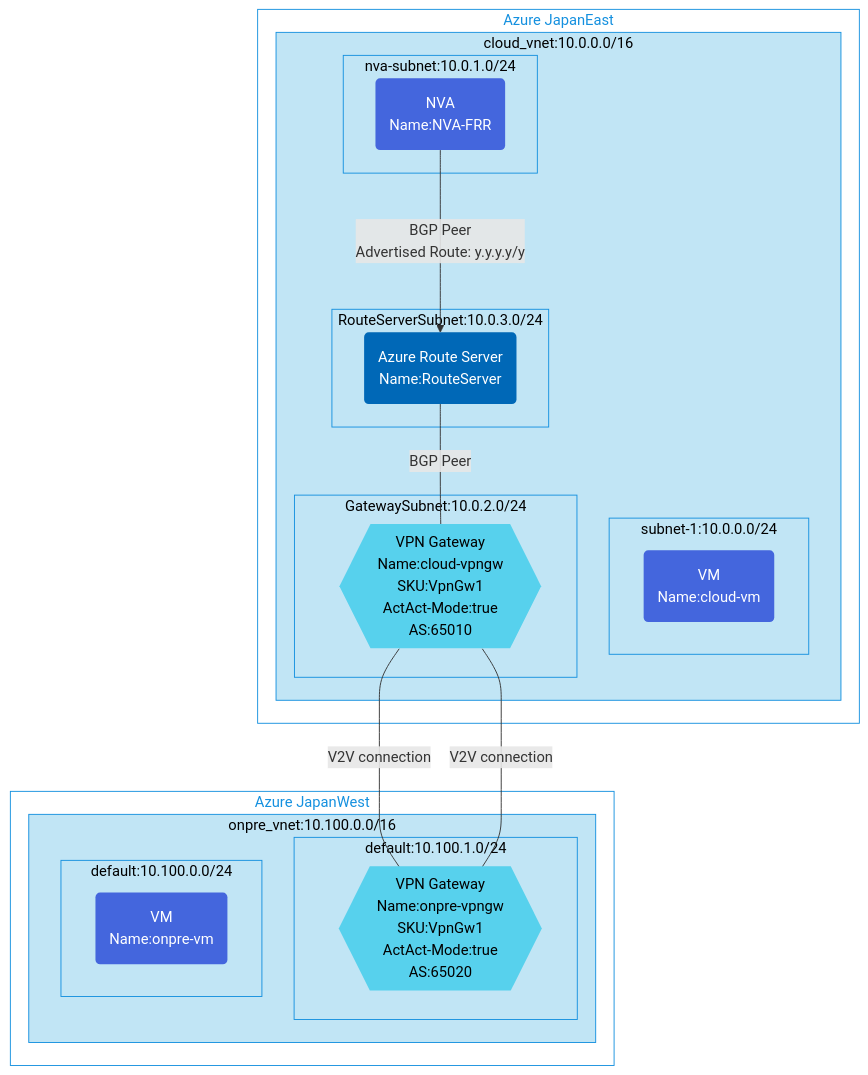
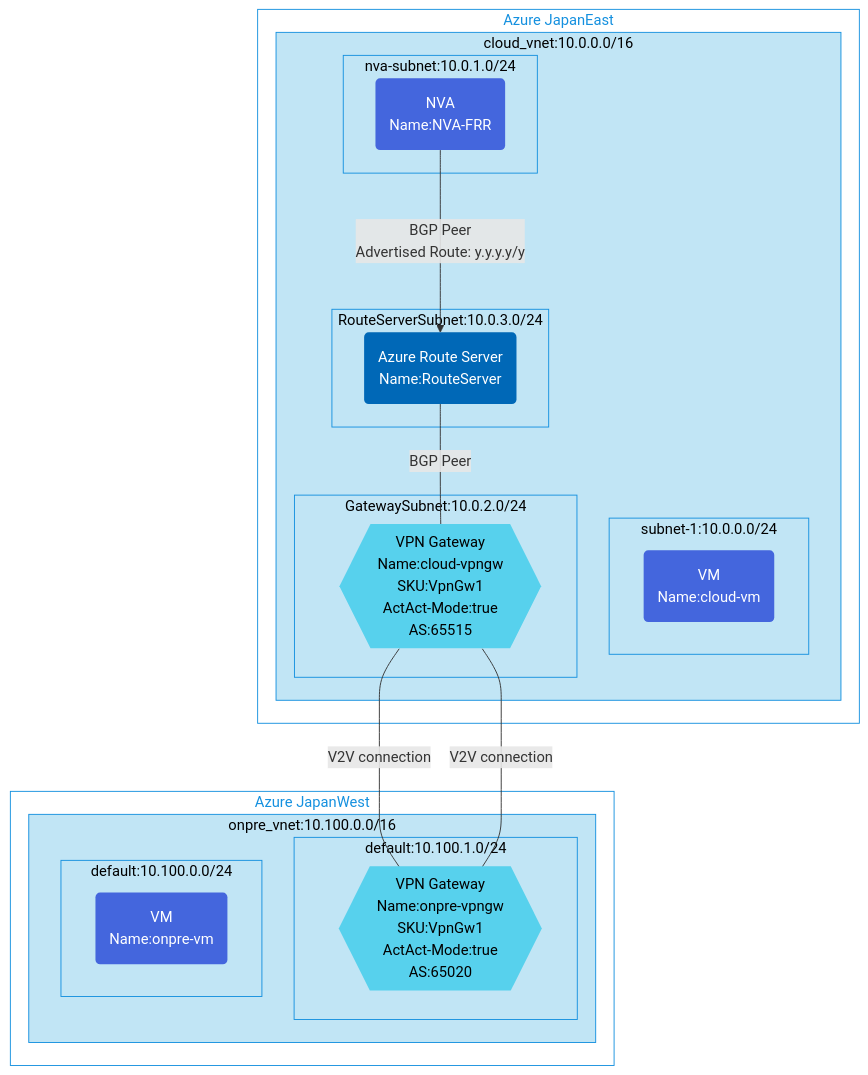
One commit to toizumi03/bicep-templates changed the diagram in nva-advertised-route-toRS/README.md. Above: the diagram before and after it, drawn with Mermaid.

````diff
--- a/nva-advertised-route-toRS/README.md
+++ b/nva-advertised-route-toRS/README.md
@@ -3,60 +3,60 @@
 ```mermaid
 graph TB;
 %% Groups and Services
 subgraph GR2[Azure JapanWest]
   subgraph GV2[onpre_vnet:10.100.0.0/16]
      subgraph GVS6[default:10.100.1.0/24]
       VPNGW2{{"VPN Gateway<br/>Name:onpre-vpngw<br/>SKU:VpnGw1<br/>ActAct-Mode:true<br/>AS:65020"}}
     end
       subgraph GVS7[default:10.100.0.0/24]
         CP3("VM<br/>Name:onpre-vm")
     end
 end
 end
 subgraph GR1[Azure JapanEast]
   subgraph GV1[cloud_vnet:10.0.0.0/16]
       subgraph GVS1[subnet-1:10.0.0.0/24]
         CP1("VM<br/>Name:cloud-vm")
       end
       subgraph GVS2[nva-subnet:10.0.1.0/24]
         CP2("NVA<br/>Name:NVA-FRR")
       end
       subgraph GVS4[RouteServerSubnet:10.0.3.0/24]
         RS("Azure Route Server<br/>Name:RouteServer")
       end
       subgraph GVS3[GatewaySubnet:10.0.2.0/24]
-        VPNGW1{{"VPN Gateway<br/>Name:cloud-vpngw<br/>SKU:VpnGw1<br/>ActAct-Mode:true<br/>AS:65010"}}
+        VPNGW1{{"VPN Gateway<br/>Name:cloud-vpngw<br/>SKU:VpnGw1<br/>ActAct-Mode:true<br/>AS:65515"}}
       end
 end
 end
 
 %% Relation for resources
 VPNGW1 --V2V connection--- VPNGW2
 VPNGW1 --V2V connection--- VPNGW2
 CP2 --BGP Peer<br/>Advertised Route: y.y.y.y/y---> RS
 RS --BGP Peer--- VPNGW1
 
 %% Groups style
 classDef GSR fill:#fff,color:#1490df,stroke:#1490df
 class GR1,GR2 GSR
 
 classDef SGV1 fill:#c1e5f5,color:#000,stroke:#1490df
 class GV1,GVS1,GVS2,GVS3,GVS4,GVS5,GVS6,GVS7 SGV1
 
 classDef SGV2 fill:#c1e5f5,color:#000,stroke:#1490df
 class GV2 SGV2
  
 %% Service Style
 classDef SCP fill:#4466dd,color:#fff,stroke:none
 class CP1,CP2,CP3 SCP
 
 classDef SVPNGW fill:#57d1ed,color:#000,stroke:none
 class VPNGW1,VPNGW2 SVPNGW
 
 classDef SRS fill:#0068b7,color:#fff,stroke:none
 class RS SRS
 
 classDef SLNGW fill:#70b126,color:#fff,stroke:none
 class LNGW1,LNGW2 SLNGW
 
 ```
````
